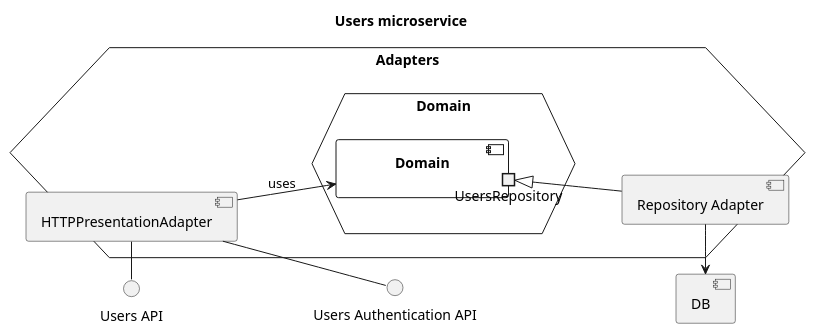
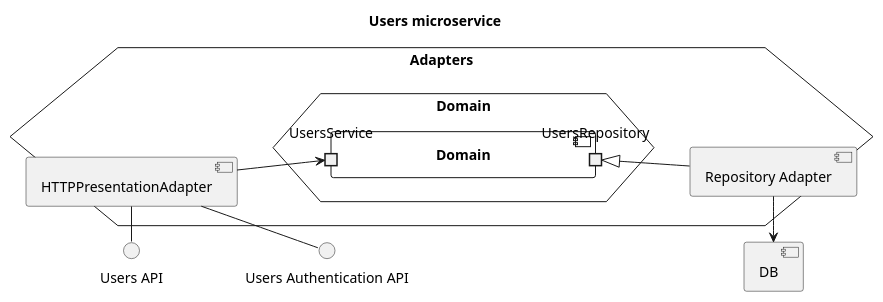
Before and after one commit to Ventus218/SAP-assignment-02: the diagram in doc/diagrams/src/users-components.puml, drawn with PlantUML. The commit also changed 2 other files, not shown here.

Commit message:
Renamed ports in some components diagrams

```diff
--- a/doc/diagrams/src/users-components.puml
+++ b/doc/diagrams/src/users-components.puml
@@ -1,31 +1,31 @@
 @startuml users-components
 
 title "Users microservice"
 
 left to right direction
 
 component "DB"
 interface "Users API" as UsersAPI
 interface "Users Authentication API" as UsersAuthAPI
 
 hexagon Adapters {
     hexagon Domain as DomainHex {
         component Domain {
             portout "UsersRepository" as Repo
-
+            portin UsersService
         }
     }
 
     component "Repository Adapter" as RepoAdapter
     RepoAdapter -u-|> Repo
     RepoAdapter -l-> DB
 
     component "HTTPPresentationAdapter" as HTTPAdapter
-    HTTPAdapter -d-> Domain : uses
+    HTTPAdapter -d-> UsersService
     HTTPAdapter -() UsersAPI
     HTTPAdapter -() UsersAuthAPI
     ' just for layout
     UsersAPI -[hidden]-> UsersAuthAPI
 }
 
 @enduml
```
